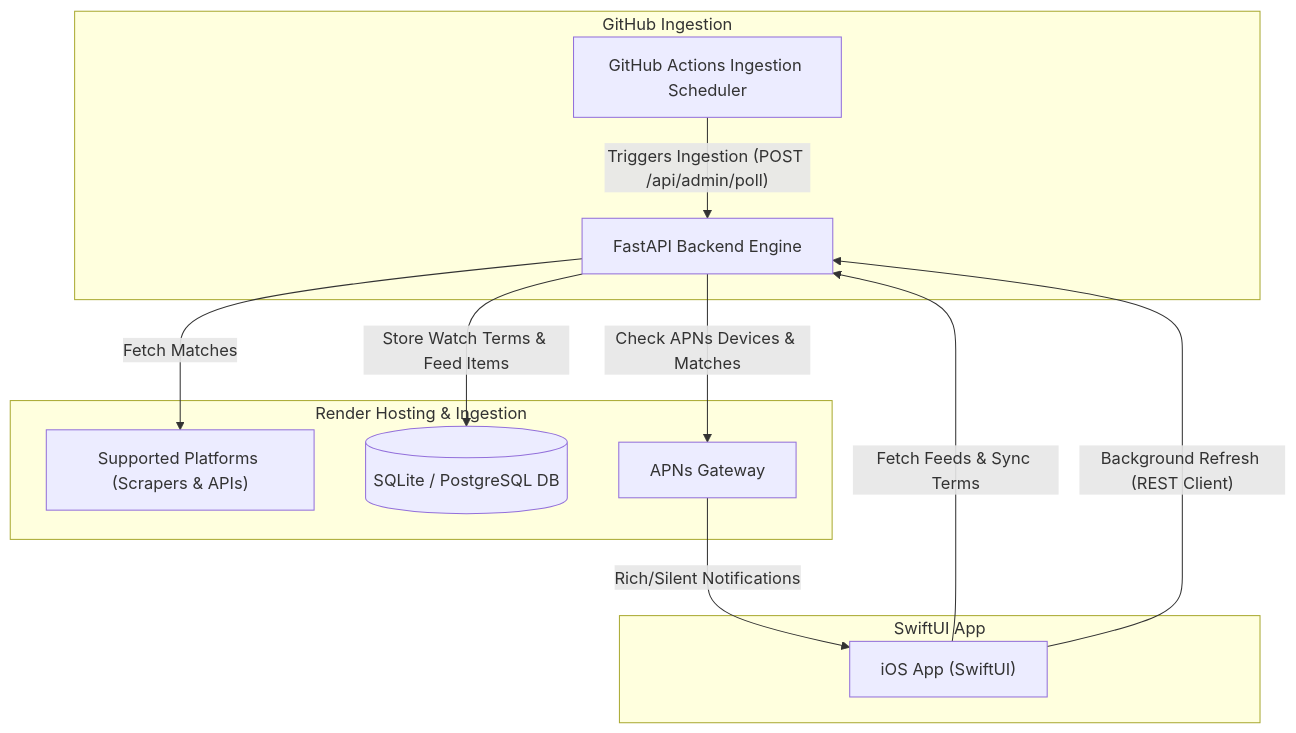
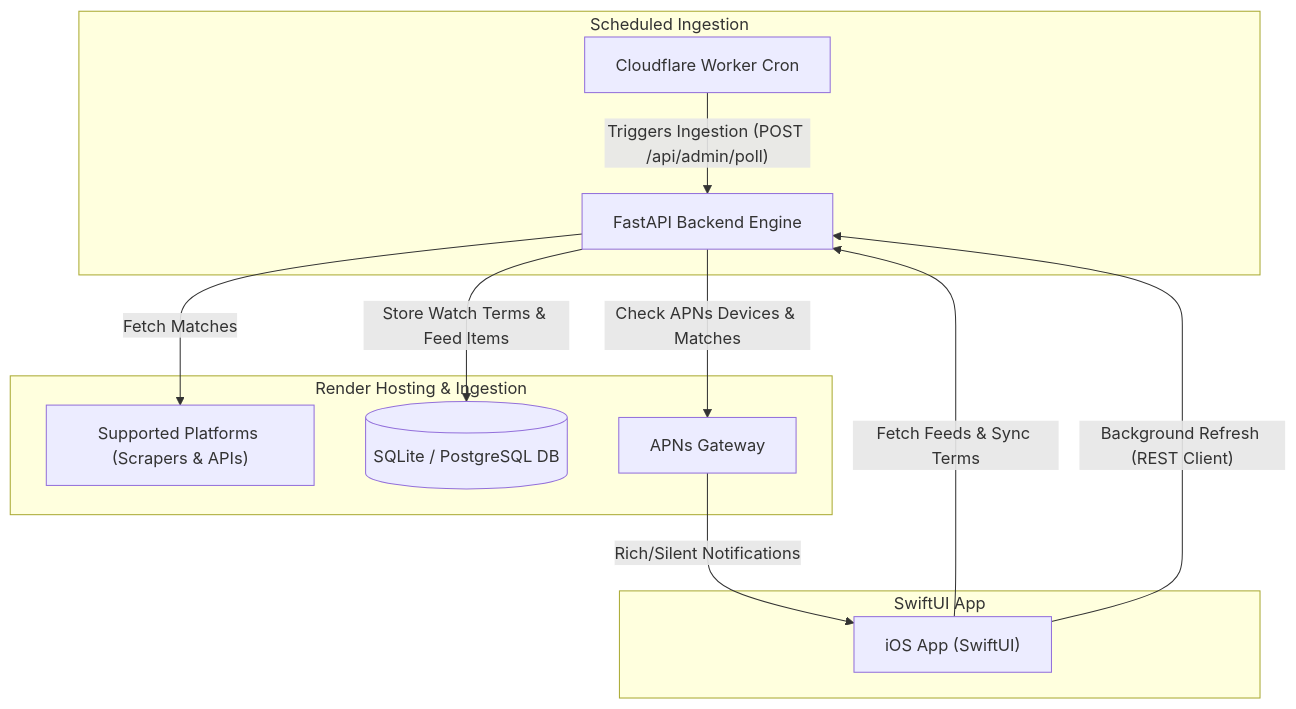
One commit to otterlymavis/oshireader changed the diagram in README.md. Above: the diagram before and after it, drawn with Mermaid. The commit also changed other lines of this file and 6 other files, not shown here.

Commit message:
Add Cloudflare cron feed poller

````diff
--- a/README.md
+++ b/README.md
@@ -14,18 +14,18 @@
 ```mermaid
 graph TD
-    subgraph GitHub Ingestion
-        A["GitHub Actions Ingestion Scheduler"] -- "Triggers Ingestion (POST /api/admin/poll)" --> B["FastAPI Backend Engine"]
+    subgraph Scheduled Ingestion
+        A["Cloudflare Worker Cron"] -- "Triggers Ingestion (POST /api/admin/poll)" --> B["FastAPI Backend Engine"]
     end
 
     subgraph Backend Services [Render Hosting & Ingestion]
         B -- "Fetch Matches" --> C["Supported Platforms (Scrapers & APIs)"]
         B -- "Store Watch Terms & Feed Items" --> D[("SQLite / PostgreSQL DB")]
         B -- "Check APNs Devices & Matches" --> E["APNs Gateway"]
     end
 
     subgraph iOS Client [SwiftUI App]
         F["iOS App (SwiftUI)"] -- "Fetch Feeds & Sync Terms" --> B
         E -- "Rich/Silent Notifications" --> F
         F -- "Background Refresh (REST Client)" --> B
     end
 ```
````
